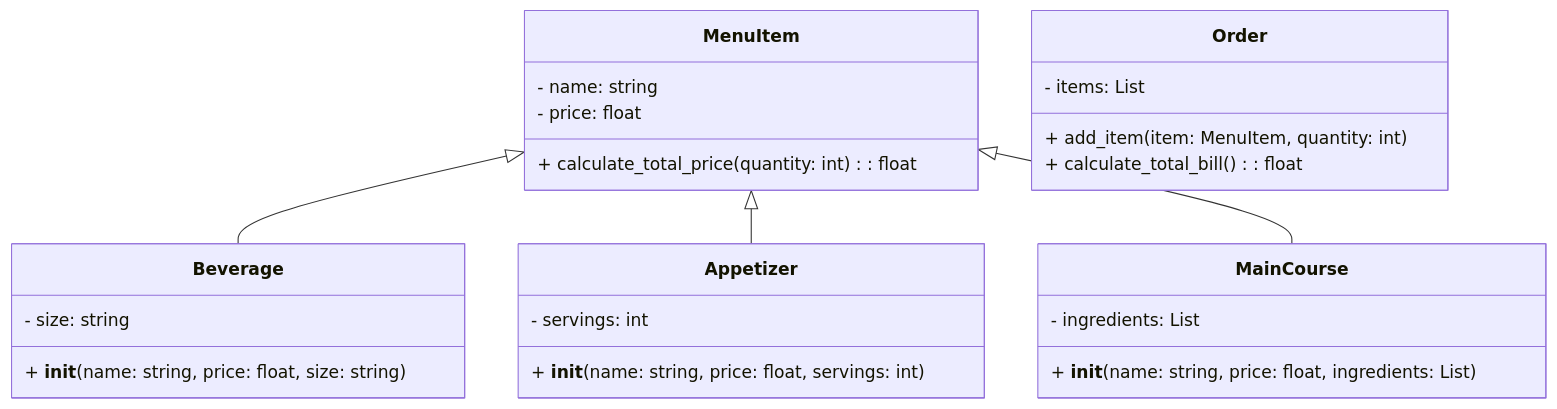
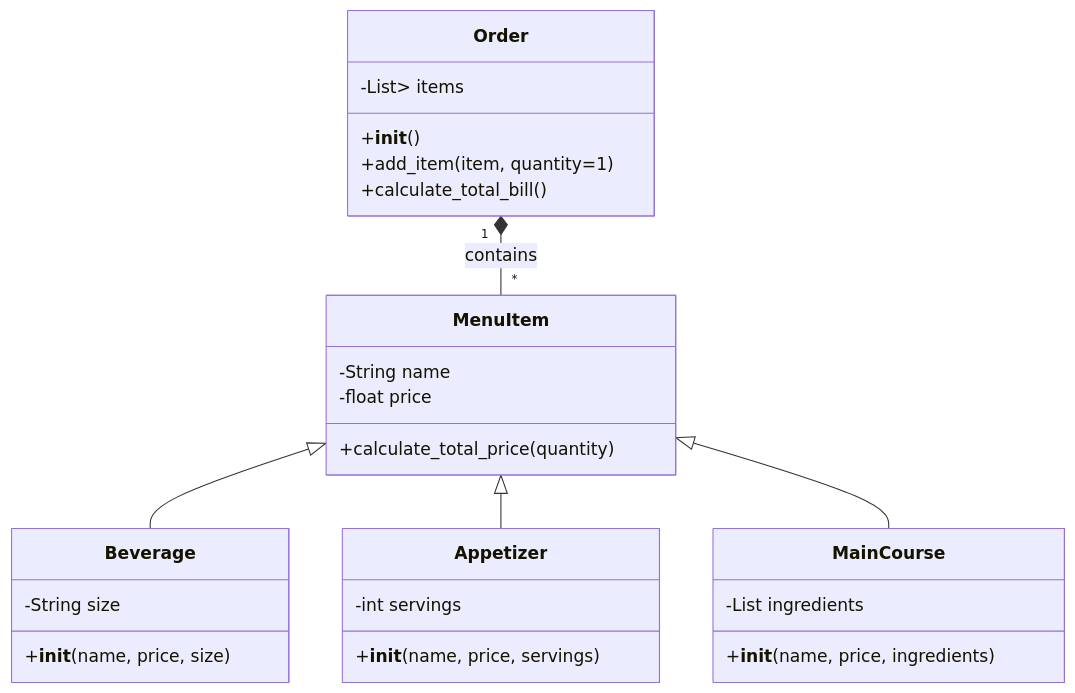
The diagram in README.md (jr0612/Reto_3_POO), drawn with Mermaid before and after one commit.

````diff
--- a/README.md
+++ b/README.md
@@ -3,33 +3,31 @@
 ```mermaid
 classDiagram
     class MenuItem {
-        - name: string
-        - price: float
-        + calculate_total_price(quantity: int): float
+        -String name
+        -float price
+        +calculate_total_price(quantity)
     }
-
     class Beverage {
-        - size: string
-        + __init__(name: string, price: float, size: string)
+        -String size
+        +__init__(name, price, size)
     }
-
     class Appetizer {
-        - servings: int
-        + __init__(name: string, price: float, servings: int)
+        -int servings
+        +__init__(name, price, servings)
     }
-
     class MainCourse {
-        - ingredients: List<string>
-        + __init__(name: string, price: float, ingredients: List<string>)
+        -List<String> ingredients
+        +__init__(name, price, ingredients)
     }
-
     class Order {
-        - items: List<Tuple>
-        + add_item(item: MenuItem, quantity: int)
-        + calculate_total_bill(): float
+        -List<tuple<MenuItem, int>> items
+        +__init__()
+        +add_item(item, quantity=1)
+        +calculate_total_bill()
     }
-
     MenuItem <|-- Beverage
     MenuItem <|-- Appetizer
     MenuItem <|-- MainCourse
+    Order "1" *-- "*" MenuItem : contains
+
 ```
````
